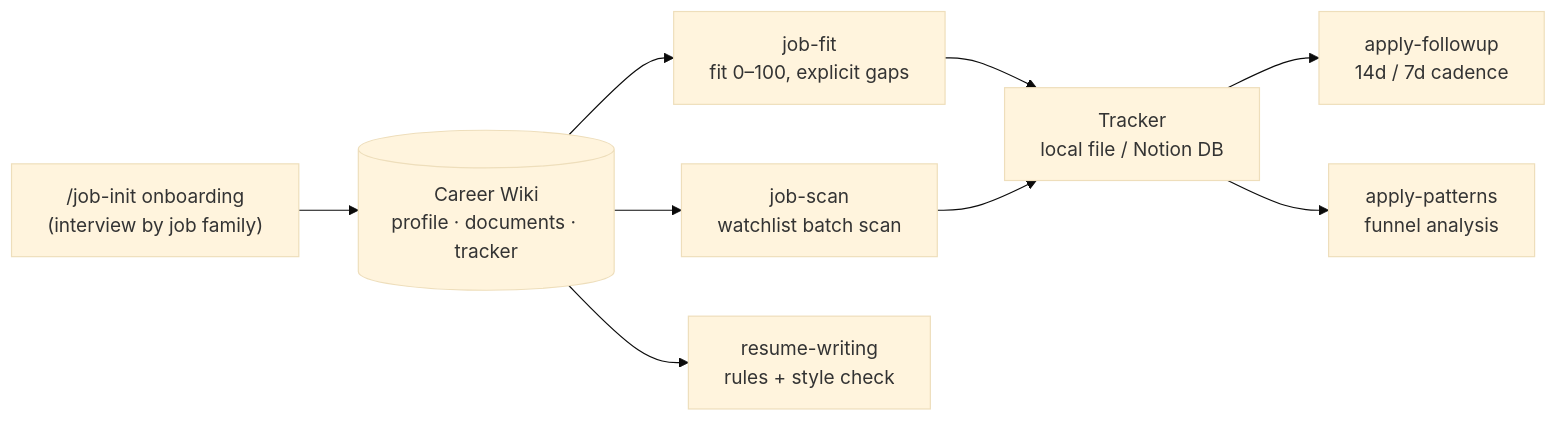
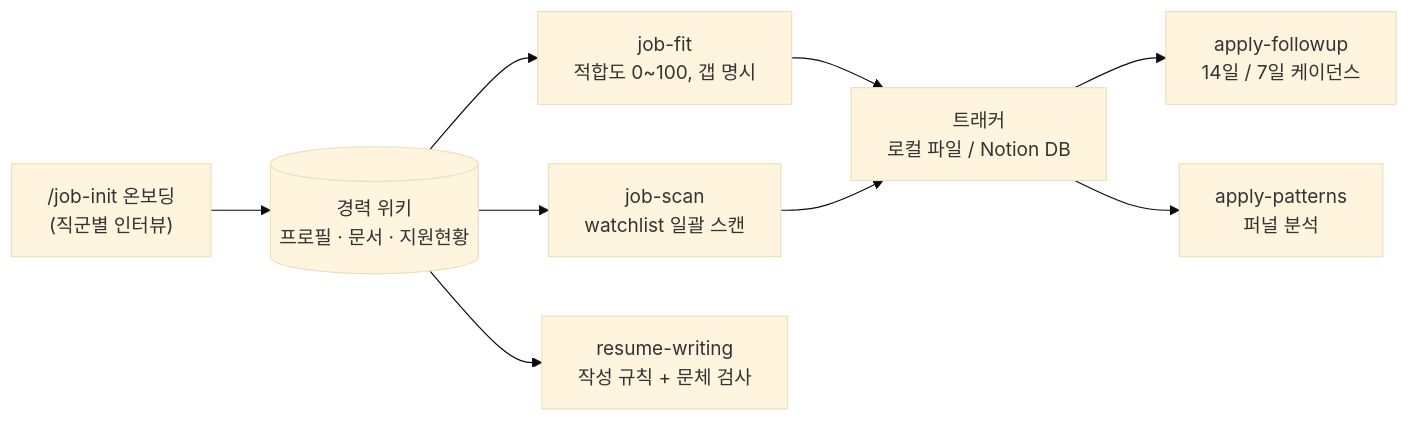
Before and after one commit to LEEHYUNBOK/chwijun-copilot: the diagram in README.md, drawn with Mermaid (base theme). The commit also changed other lines of this file and 2 other files, not shown here.

````diff
--- a/README.md
+++ b/README.md
@@ -54,11 +52,11 @@
 ```mermaid
 flowchart LR
-    O["/job-init onboarding<br/>(interview by job family)"] --> W[("Career Wiki<br/>profile · documents · tracker")]
-    W --> F["job-fit<br/>fit 0–100, explicit gaps"]
-    W --> S["job-scan<br/>watchlist batch scan"]
-    W --> R["resume-writing<br/>rules + style check"]
-    F --> T["Tracker<br/>local file / Notion DB"]
+    O["/job-init 온보딩<br/>(직군별 인터뷰)"] --> W[("경력 위키<br/>프로필 · 문서 · 지원현황")]
+    W --> F["job-fit<br/>적합도 0~100, 갭 명시"]
+    W --> S["job-scan<br/>watchlist 일괄 스캔"]
+    W --> R["resume-writing<br/>작성 규칙 + 문체 검사"]
+    F --> T["트래커<br/>로컬 파일 / Notion DB"]
     S --> T
-    T --> U["apply-followup<br/>14d / 7d cadence"]
-    T --> P["apply-patterns<br/>funnel analysis"]
+    T --> U["apply-followup<br/>14일 / 7일 케이던스"]
+    T --> P["apply-patterns<br/>퍼널 분석"]
 ```
````
